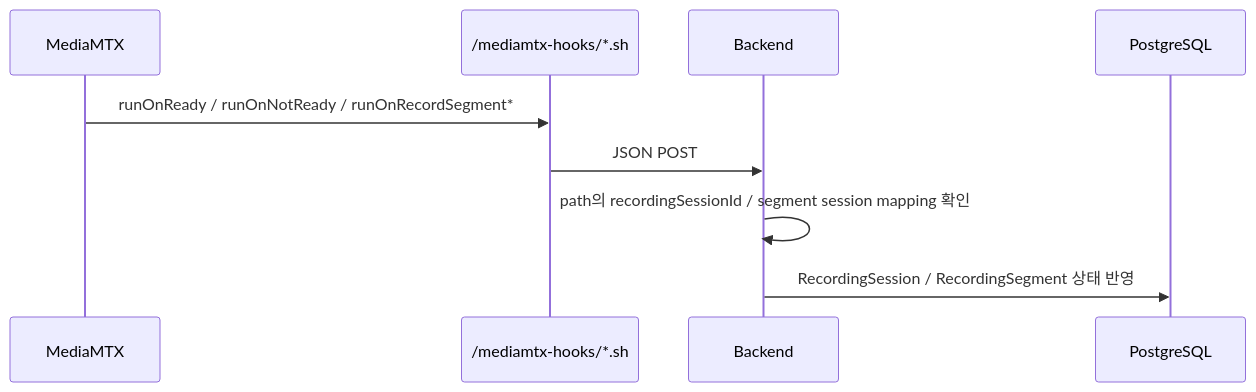
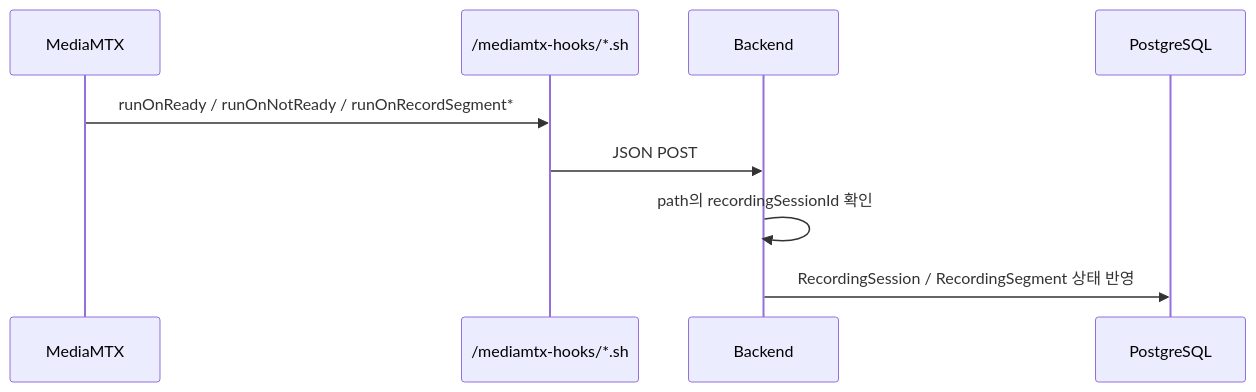
Before and after one commit to ego-flow/ego-flow-server: the sixth of 7 diagrams in docs/09. project_streaming.md, drawn with Mermaid. The commit also changed other lines of this file and 35 other files, not shown here.

````diff
--- a/docs/09. project_streaming.md
+++ b/docs/09. project_streaming.md
@@ -479,12 +472,12 @@
 ```mermaid
 sequenceDiagram
     participant MTX as MediaMTX
     participant Hooks as /mediamtx-hooks/*.sh
     participant BE as Backend
     participant DB as PostgreSQL
 
     MTX->>Hooks: runOnReady / runOnNotReady / runOnRecordSegment*
     Hooks->>BE: JSON POST
-    BE->>BE: path의 recordingSessionId / segment session mapping 확인
+    BE->>BE: path의 recordingSessionId 확인
     BE->>DB: RecordingSession / RecordingSegment 상태 반영
 ```
````
